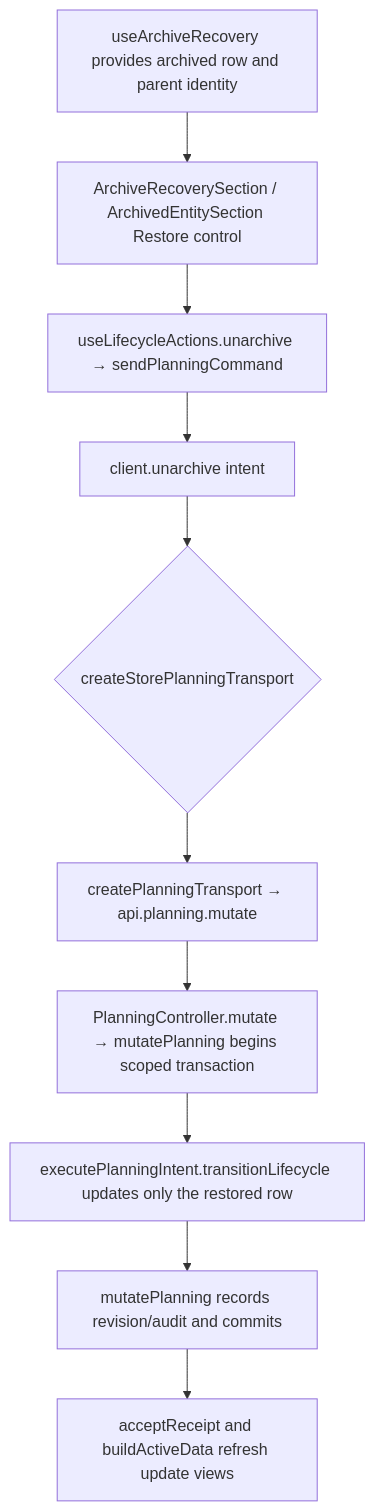
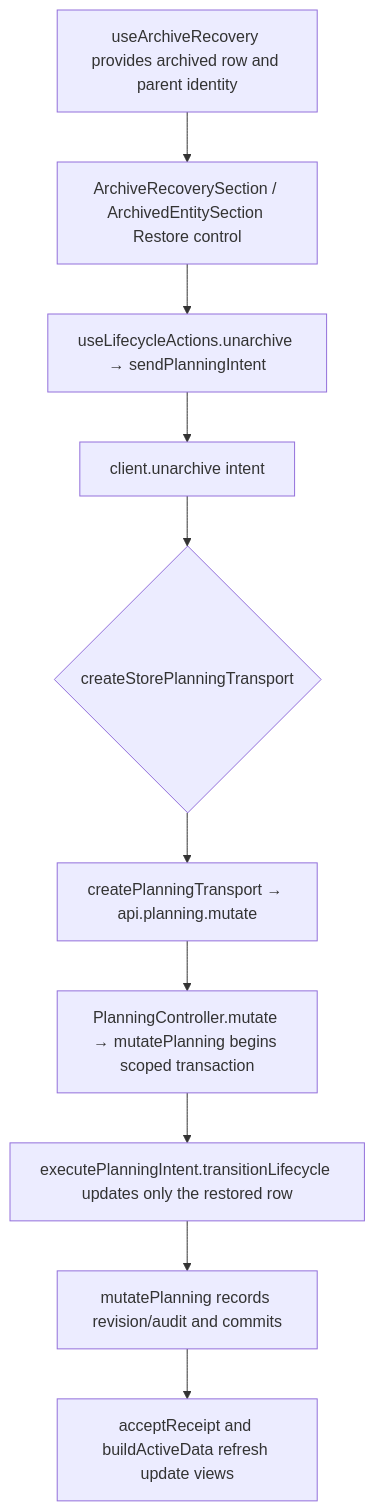
The second of 2 diagrams in user-stories/clients/US-CLI-06-restore-client.md (Kevinjohn/capacitylens), drawn with Mermaid before and after one commit. The commit also changed 55 other files, not shown here.

First line of the commit message:
Planning intent: rename planning commands to intents

````diff
--- a/user-stories/clients/US-CLI-06-restore-client.md
+++ b/user-stories/clients/US-CLI-06-restore-client.md
@@ -26,8 +26,8 @@
 ```mermaid
 flowchart TD
   A["useArchiveRecovery provides archived row and parent identity"] --> B["ArchiveRecoverySection / ArchivedEntitySection Restore control"]
-  B --> C["useLifecycleActions.unarchive → sendPlanningCommand"] --> D["client.unarchive intent"]
+  B --> C["useLifecycleActions.unarchive → sendPlanningIntent"] --> D["client.unarchive intent"]
   D --> E{"createStorePlanningTransport"}
   E --> F["createPlanningTransport → api.planning.mutate"] --> G["PlanningController.mutate → mutatePlanning begins scoped transaction"]
   G --> H["executePlanningIntent.transitionLifecycle updates only the restored row"] --> K["mutatePlanning records revision/audit and commits"] --> J["acceptReceipt and buildActiveData refresh update views"]
 ```
````
